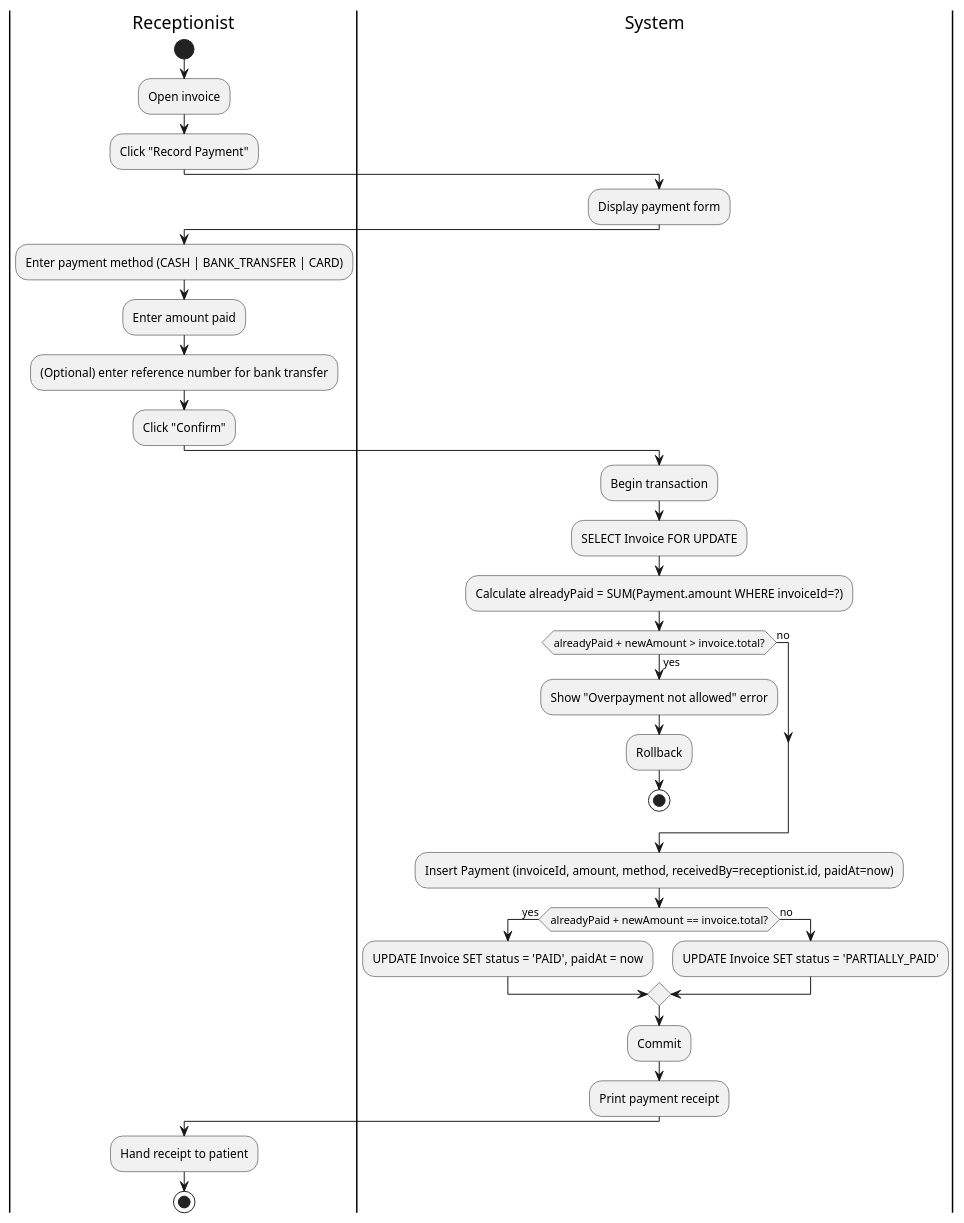
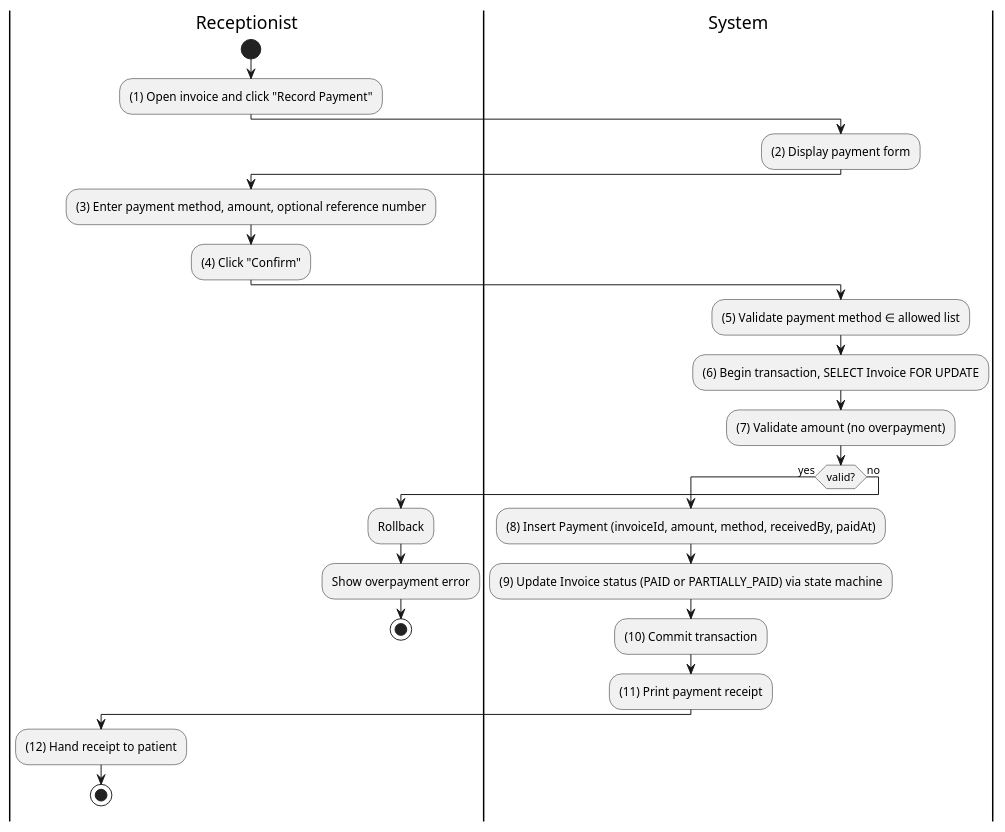
One commit to MinhThienNguyen040905/SE356---He-thong-phong-kham changed diagram 19 of 27 in Docs/SRS.md. Above: the diagram before and after it, drawn with PlantUML. The commit also changed other lines of this file, not shown here.

````diff
--- a/Docs/SRS.md
+++ b/Docs/SRS.md
@@ -1199,36 +1081,30 @@
 ```plantuml
 @startuml
 |Receptionist|
 start
-:Open invoice;
-:Click "Record Payment";
+:(1) Open invoice and click "Record Payment";
 |System|
-:Display payment form;
+:(2) Display payment form;
 |Receptionist|
-:Enter payment method (CASH | BANK_TRANSFER | CARD);
-:Enter amount paid;
-:(Optional) enter reference number for bank transfer;
-:Click "Confirm";
+:(3) Enter payment method, amount, optional reference number;
+:(4) Click "Confirm";
 |System|
-:Begin transaction;
-:SELECT Invoice FOR UPDATE;
-:Calculate alreadyPaid = SUM(Payment.amount WHERE invoiceId=?);
-if (alreadyPaid + newAmount > invoice.total?) then (yes)
-  :Show "Overpayment not allowed" error;
-  :Rollback;
+:(5) Validate payment method ∈ allowed list;
+:(6) Begin transaction, SELECT Invoice FOR UPDATE;
+:(7) Validate amount (no overpayment);
+if (valid?) then (yes)
+  :(8) Insert Payment (invoiceId, amount, method, receivedBy, paidAt);
+  :(9) Update Invoice status (PAID or PARTIALLY_PAID) via state machine;
+  :(10) Commit transaction;
+  :(11) Print payment receipt;
+  |Receptionist|
+  :(12) Hand receipt to patient;
   stop
 else (no)
+  :Rollback;
+  |Receptionist|
+  :Show overpayment error;
+  stop
 endif
-:Insert Payment (invoiceId, amount, method, receivedBy=receptionist.id, paidAt=now);
-if (alreadyPaid + newAmount == invoice.total?) then (yes)
-  :UPDATE Invoice SET status = 'PAID', paidAt = now;
-else (no)
-  :UPDATE Invoice SET status = 'PARTIALLY_PAID';
-endif
-:Commit;
-:Print payment receipt;
-|Receptionist|
-:Hand receipt to patient;
-stop
 @enduml
 ```
````
